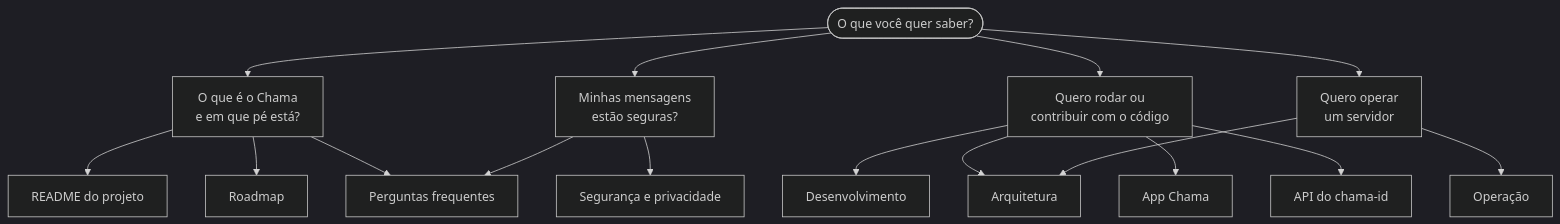
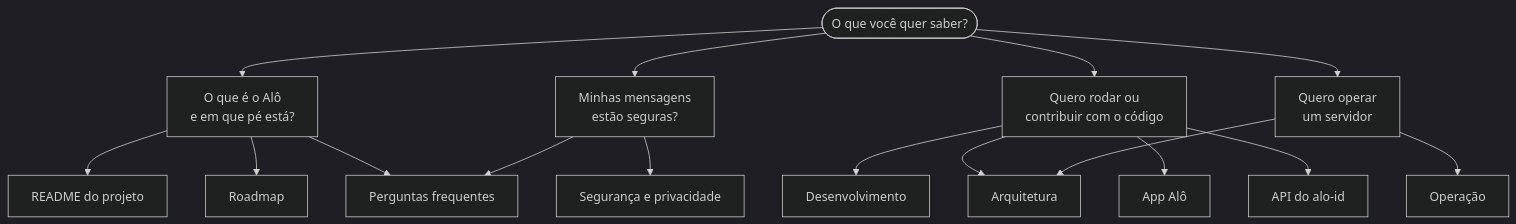
One commit to kaiomp/alo changed the diagram in docs/README.md. Above: the diagram before and after it, drawn with Mermaid (dark theme). The commit also changed other lines of this file and 153 other files, not shown here.

First line of the commit message:
Rename chama to alo across code, packages, server and docs

````diff
--- a/docs/README.md
+++ b/docs/README.md
@@ -10,20 +10,20 @@
 ```mermaid
 flowchart TD
   inicio(["O que você quer saber?"])
-  inicio --> q1["O que é o Chama<br/>e em que pé está?"]
+  inicio --> q1["O que é o Alô<br/>e em que pé está?"]
   inicio --> q2["Minhas mensagens<br/>estão seguras?"]
   inicio --> q3["Quero rodar ou<br/>contribuir com o código"]
   inicio --> q4["Quero operar<br/>um servidor"]
 
   q1 --> d1["README do projeto"]
   q1 --> d2["Roadmap"]
   q1 --> d3["Perguntas frequentes"]
   q2 --> d3
   q2 --> d4["Segurança e privacidade"]
   q3 --> d5["Desenvolvimento"]
   q3 --> d6["Arquitetura"]
-  q3 --> d7["App Chama"]
-  q3 --> d8["API do chama-id"]
+  q3 --> d7["App Alô"]
+  q3 --> d8["API do alo-id"]
   q4 --> d9["Operação"]
   q4 --> d6
 ```
````
